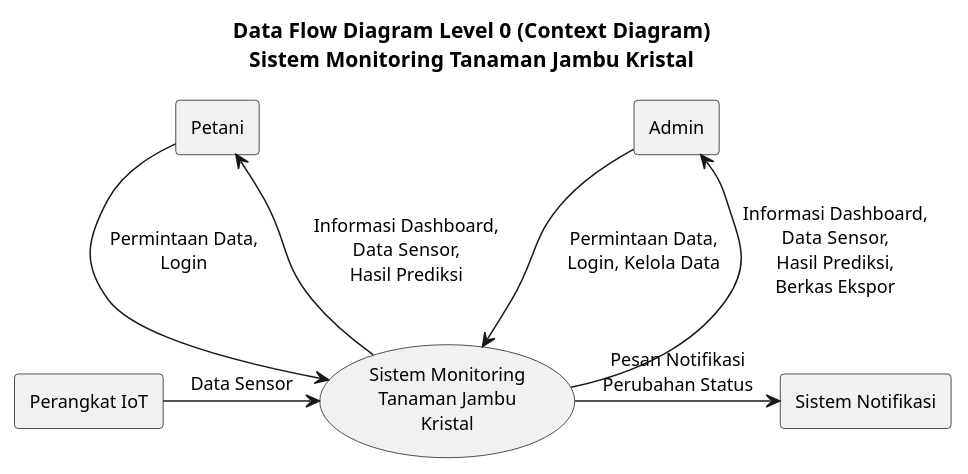
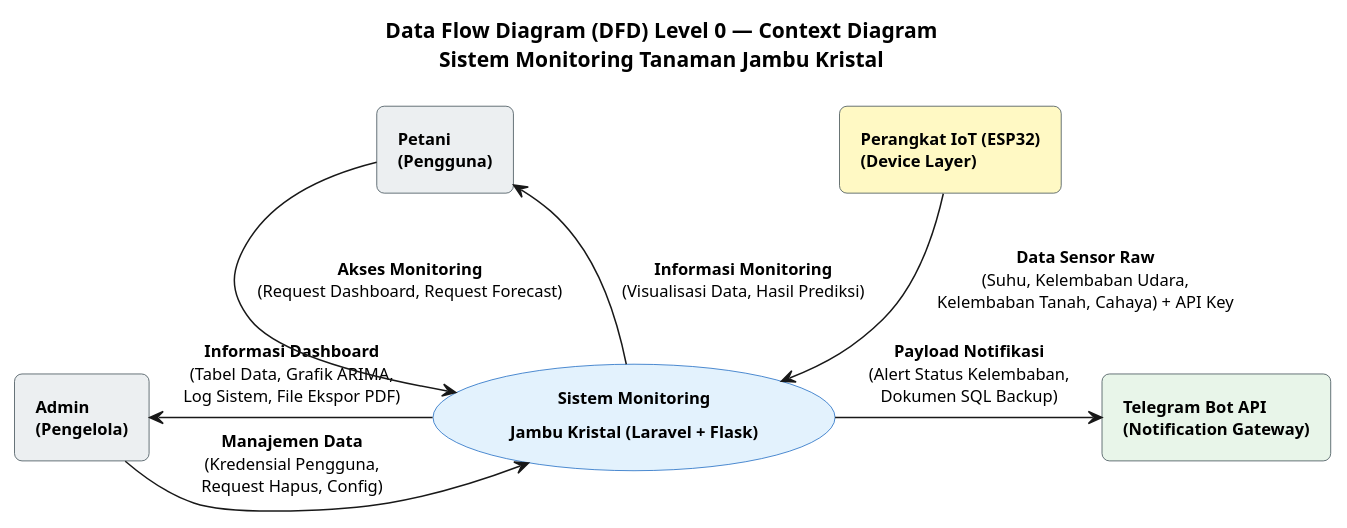
Before and after one commit to maa040424/jambu-monitoring: the diagram in docs/diagrams/4a_dfd_level0.puml, drawn with PlantUML. The commit also changed 51 other files, not shown here.

```diff
--- a/docs/diagrams/4a_dfd_level0.puml
+++ b/docs/diagrams/4a_dfd_level0.puml
@@ -1,29 +1,44 @@
 @startuml DFD Level 0
-skinparam monochrome true
+
+skinparam backgroundColor white
+skinparam defaultFontName "Segoe UI"
+skinparam defaultFontSize 11
 skinparam shadowing false
-skinparam backgroundColor white
-skinparam defaultFontName Arial
-skinparam defaultFontSize 12
+skinparam roundCorner 10
+skinparam padding 4
 
-title Data Flow Diagram Level 0 (Context Diagram)\nSistem Monitoring Tanaman Jambu Kristal
+skinparam rectangle {
+    BorderColor #37474F
+    BackgroundColor #ECEFF1
+    FontStyle bold
+}
 
-rectangle "Admin" as admin
-rectangle "Petani" as petani
-rectangle "Perangkat IoT" as iot
-rectangle "Sistem Notifikasi" as notif
+skinparam usecase {
+    BorderColor #1565C0
+    BackgroundColor #E3F2FD
+    FontStyle bold
+}
 
-usecase "Sistem Monitoring\nTanaman Jambu\nKristal" as sistem
+title **Data Flow Diagram (DFD) Level 0 — Context Diagram**\nSistem Monitoring Tanaman Jambu Kristal
 
-iot -right-> sistem : Data Sensor
+rectangle "**Admin**\n(Pengelola)" as admin #ECEFF1
+rectangle "**Petani**\n(Pengguna)" as petani #ECEFF1
+rectangle "**Perangkat IoT (ESP32)**\n(Device Layer)" as esp32 #FFF9C4
+rectangle "**Telegram Bot API**\n(Notification Gateway)" as telegram #E8F5E9
 
-admin -down-> sistem : Permintaan Data,\nLogin, Kelola Data
+usecase "**Sistem Monitoring**\n**Jambu Kristal (Laravel + Flask)**" as sistem #E3F2FD
 
-sistem -up-> admin : Informasi Dashboard,\nData Sensor,\nHasil Prediksi,\nBerkas Ekspor
+' === Aliran Data ===
+esp32 -down-> sistem : **Data Sensor Raw**\n(Suhu, Kelembaban Udara,\nKelembaban Tanah, Cahaya) + API Key
 
-petani -down-> sistem : Permintaan Data,\nLogin
+admin -right-> sistem : **Manajemen Data**\n(Kredensial Pengguna,\nRequest Hapus, Config)
 
-sistem -up-> petani : Informasi Dashboard,\nData Sensor,\nHasil Prediksi
+sistem -left-> admin : **Informasi Dashboard**\n(Tabel Data, Grafik ARIMA,\nLog Sistem, File Ekspor PDF)
 
-sistem -right-> notif : Pesan Notifikasi\nPerubahan Status
+petani -down-> sistem : **Akses Monitoring**\n(Request Dashboard, Request Forecast)
+
+sistem -up-> petani : **Informasi Monitoring**\n(Visualisasi Data, Hasil Prediksi)
+
+sistem -right-> telegram : **Payload Notifikasi**\n(Alert Status Kelembaban,\nDokumen SQL Backup)
 
 @enduml
```
